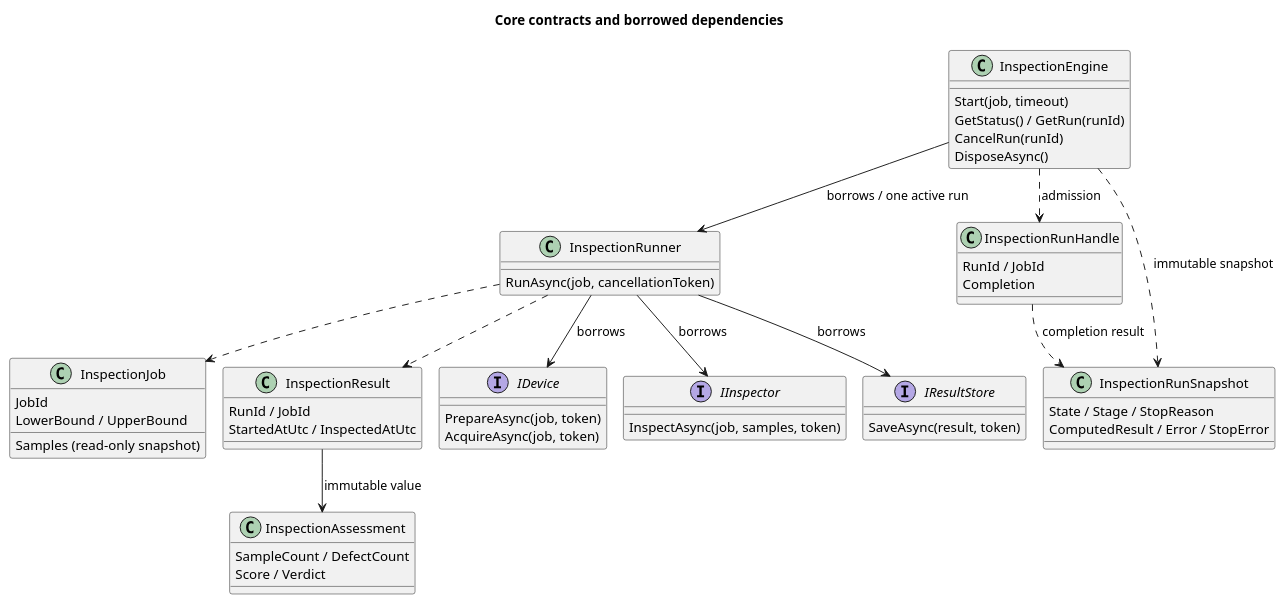
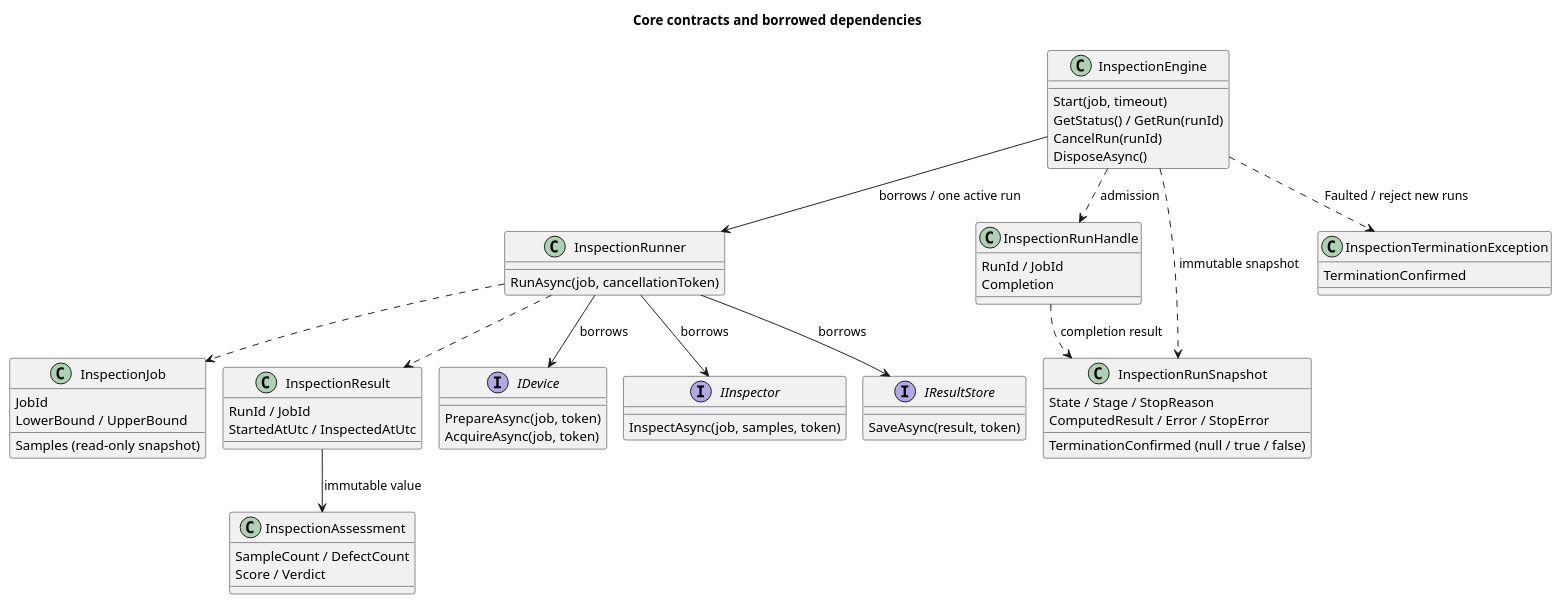
Before and after one commit to Myoungmin/CSharp-InspectionCore-Lab: the diagram in docs/diagrams/core-class.puml, drawn with PlantUML. The commit also changed 43 other files, not shown here.

```diff
--- a/docs/diagrams/core-class.puml
+++ b/docs/diagrams/core-class.puml
@@ -1,54 +1,59 @@
 @startuml core-class
 !pragma layout smetana
 title Core contracts and borrowed dependencies
 class InspectionJob {
   JobId
   Samples (read-only snapshot)
   LowerBound / UpperBound
 }
 class InspectionResult {
   RunId / JobId
   StartedAtUtc / InspectedAtUtc
 }
 class InspectionAssessment {
   SampleCount / DefectCount
   Score / Verdict
 }
 class InspectionRunner {
   RunAsync(job, cancellationToken)
 }
 class InspectionEngine {
   Start(job, timeout)
   GetStatus() / GetRun(runId)
   CancelRun(runId)
   DisposeAsync()
 }
 class InspectionRunHandle {
   RunId / JobId
   Completion
 }
 class InspectionRunSnapshot {
   State / Stage / StopReason
   ComputedResult / Error / StopError
+  TerminationConfirmed (null / true / false)
+}
+class InspectionTerminationException {
+  TerminationConfirmed
 }
 interface IDevice {
   PrepareAsync(job, token)
   AcquireAsync(job, token)
 }
 interface IInspector {
   InspectAsync(job, samples, token)
 }
 interface IResultStore {
   SaveAsync(result, token)
 }
 InspectionRunner --> IDevice : borrows
 InspectionEngine --> InspectionRunner : borrows / one active run
 InspectionEngine ..> InspectionRunHandle : admission
 InspectionEngine ..> InspectionRunSnapshot : immutable snapshot
+InspectionEngine ..> InspectionTerminationException : Faulted / reject new runs
 InspectionRunHandle ..> InspectionRunSnapshot : completion result
 InspectionRunner --> IInspector : borrows
 InspectionRunner --> IResultStore : borrows
 InspectionRunner ..> InspectionJob
 InspectionRunner ..> InspectionResult
 InspectionResult --> InspectionAssessment : immutable value
 @enduml
```
